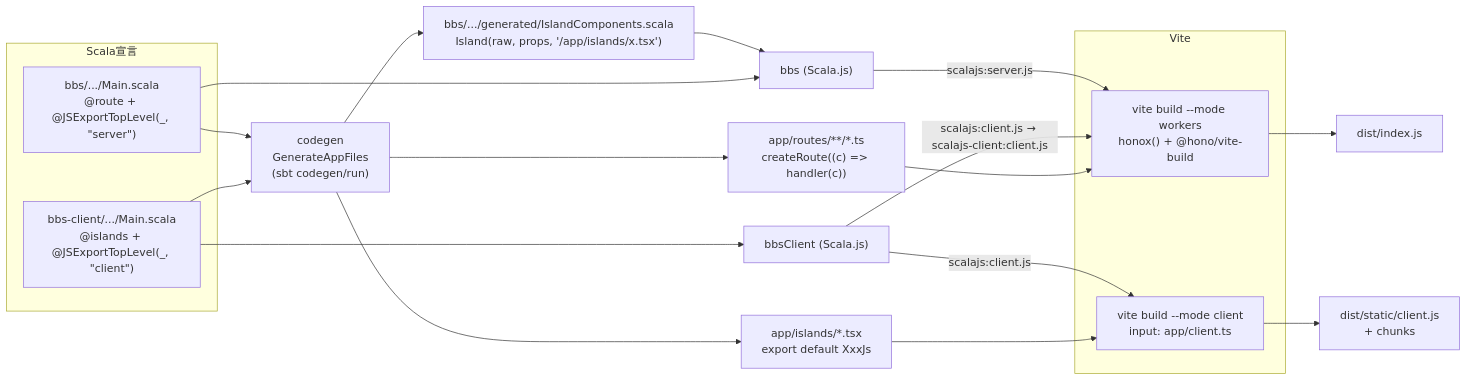
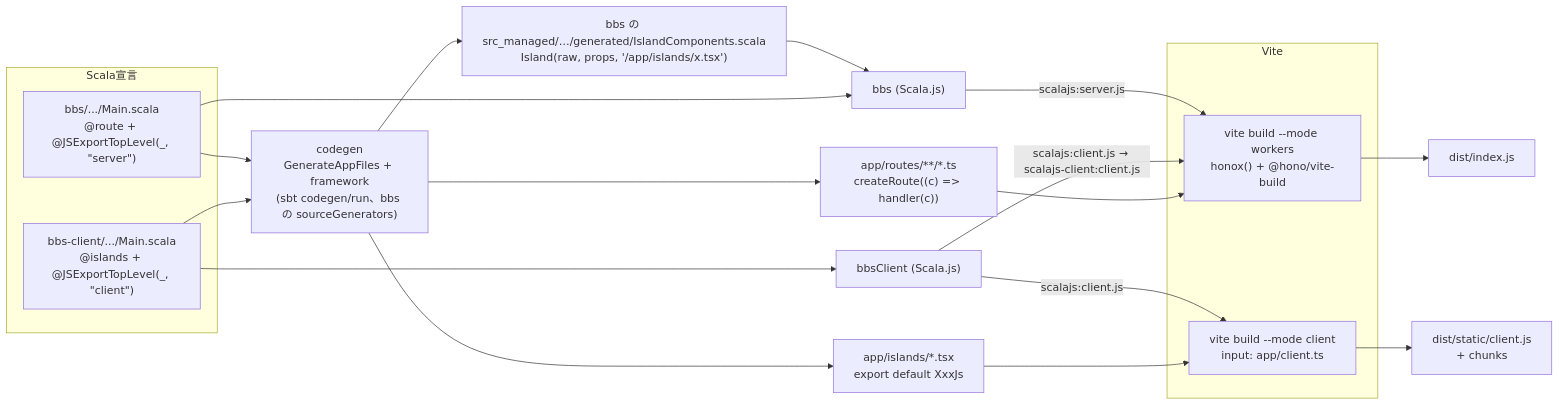
One commit to MontereyLangit/hx4s changed the first of 2 diagrams in docs/hx4s/architecture.md. Above: the diagram before and after it, drawn with Mermaid. The commit also changed other lines of this file and 11 other files, not shown here.

````diff
--- a/docs/hx4s/architecture.md
+++ b/docs/hx4s/architecture.md
@@ -34,27 +38,27 @@
 ```mermaid
 flowchart LR
   subgraph Scala宣言
     SM["bbs/.../Main.scala<br/>@route + @JSExportTopLevel(_, &quot;server&quot;)"]
     CM["bbs-client/.../Main.scala<br/>@islands + @JSExportTopLevel(_, &quot;client&quot;)"]
   end
-  CG["codegen<br/>GenerateAppFiles<br/>(sbt codegen/run)"]
+  CG["codegen<br/>GenerateAppFiles + framework<br/>(sbt codegen/run、bbs の sourceGenerators)"]
   SM --> CG
   CM --> CG
   CG --> R["app/routes/**/*.ts<br/>createRoute((c) => handler(c))"]
   CG --> I["app/islands/*.tsx<br/>export default XxxJs"]
-  CG --> IC["bbs/.../generated/IslandComponents.scala<br/>Island(raw, props, '/app/islands/x.tsx')"]
+  CG --> IC["bbs の src_managed/…/generated/IslandComponents.scala<br/>Island(raw, props, '/app/islands/x.tsx')"]
   IC --> BBS["bbs (Scala.js)"]
   SM --> BBS
   CM --> CL["bbsClient (Scala.js)"]
   subgraph Vite
     VC["vite build --mode client<br/>input: app/client.ts"]
     VW["vite build --mode workers<br/>honox() + @hono/vite-build"]
   end
   CL -- "scalajs:client.js" --> VC
   I --> VC
   BBS -- "scalajs:server.js" --> VW
   CL -- "scalajs:client.js → scalajs-client:client.js" --> VW
   R --> VW
   VC --> D1["dist/static/client.js<br/>+ chunks"]
   VW --> D2["dist/index.js"]
 ```
````
